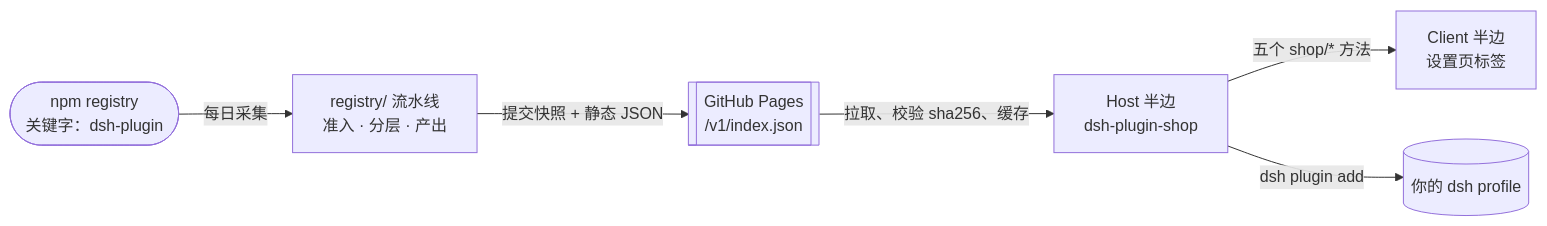
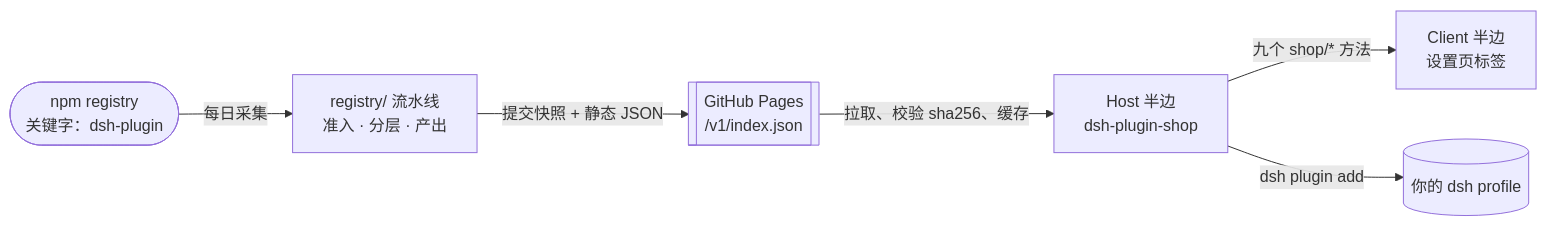
Before and after one commit to LivXue/dsh-plugin-shop: the diagram in README.zh.md, drawn with Mermaid. The commit also changed other lines of this file and 4 other files, not shown here.

````diff
--- a/README.zh.md
+++ b/README.zh.md
@@ -38,8 +38,8 @@
 ```mermaid
 flowchart LR
   npm(["npm registry<br/>关键字：dsh-plugin"]) -->|每日采集| build["registry/ 流水线<br/>准入 · 分层 · 产出"]
   build -->|提交快照 + 静态 JSON| pages[["GitHub Pages<br/>/v1/index.json"]]
   pages -->|拉取、校验 sha256、缓存| host["Host 半边<br/>dsh-plugin-shop"]
-  host -->|五个 shop/* 方法| client["Client 半边<br/>设置页标签"]
+  host -->|九个 shop/* 方法| client["Client 半边<br/>设置页标签"]
   host -->|dsh plugin add| profile[("你的 dsh profile")]
 ```
````
